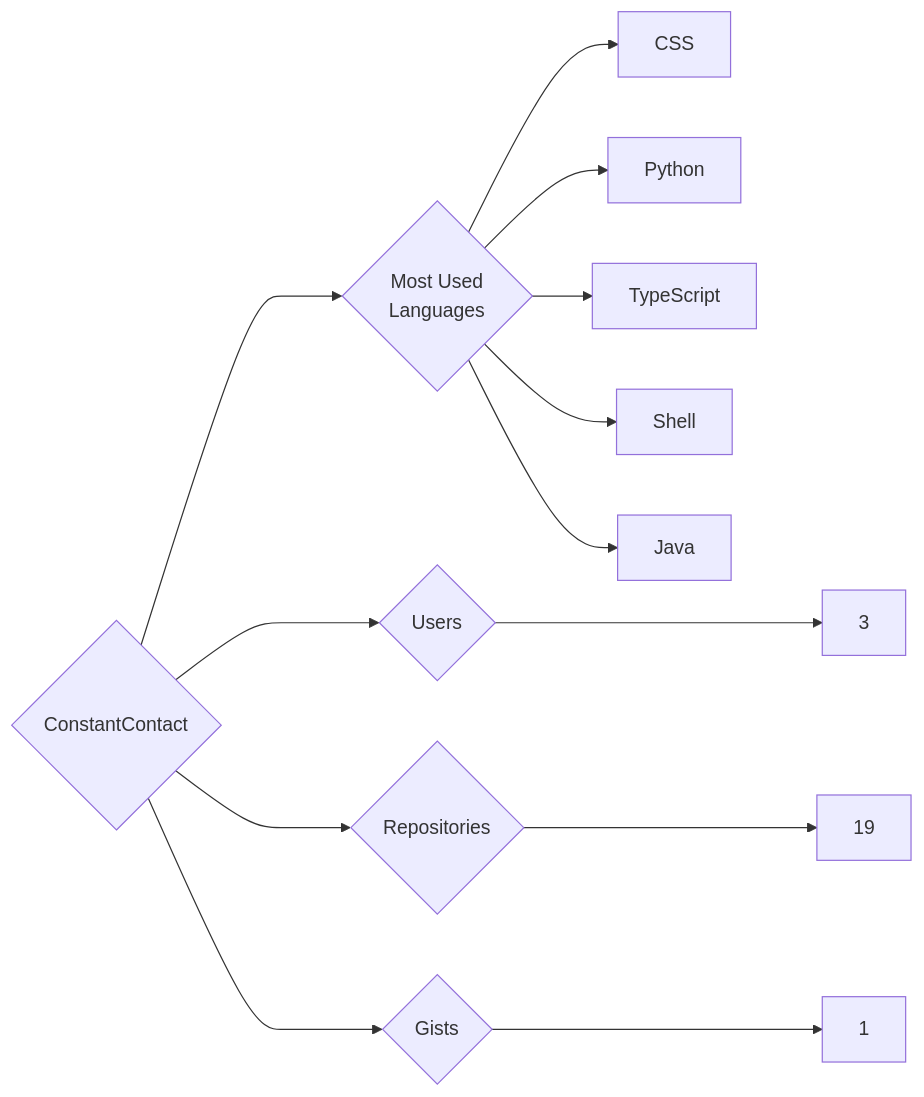
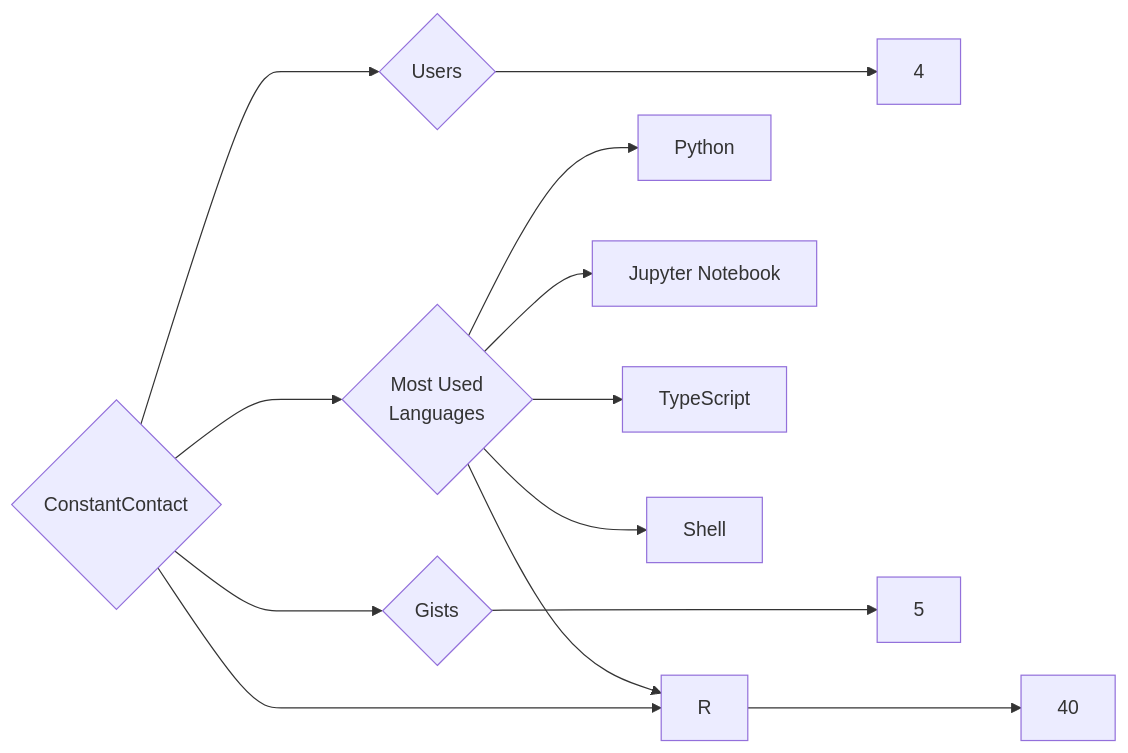
The diagram in targets/ConstantContact/README.md (trickest/insiders), drawn with Mermaid before and after one commit. The commit also changed 1088 other files, not shown here.

````diff
--- a/targets/ConstantContact/README.md
+++ b/targets/ConstantContact/README.md
@@ -3,13 +3,13 @@
 ```mermaid
 graph LR
 COMPANY_NAME{ConstantContact}
-COMPANY_NAME ---> U{Users} ---> UN[3]
-COMPANY_NAME ---> R{Repositories} ---> RN[19]
-COMPANY_NAME ---> G{Gists} ---> GN[1]
+COMPANY_NAME ---> U{Users} ---> UN[4]
+COMPANY_NAME ---> R{Repositories} ---> RN[40]
+COMPANY_NAME ---> G{Gists} ---> GN[5]
 COMPANY_NAME ---> ML{Most Used<br>Languages}
-ML --> CSS[CSS]
 ML --> Python[Python]
+ML --> Jupyter_Notebook[Jupyter Notebook]
+ML --> R[R]
 ML --> TypeScript[TypeScript]
 ML --> Shell[Shell]
-ML --> Java[Java]
 ```
````
